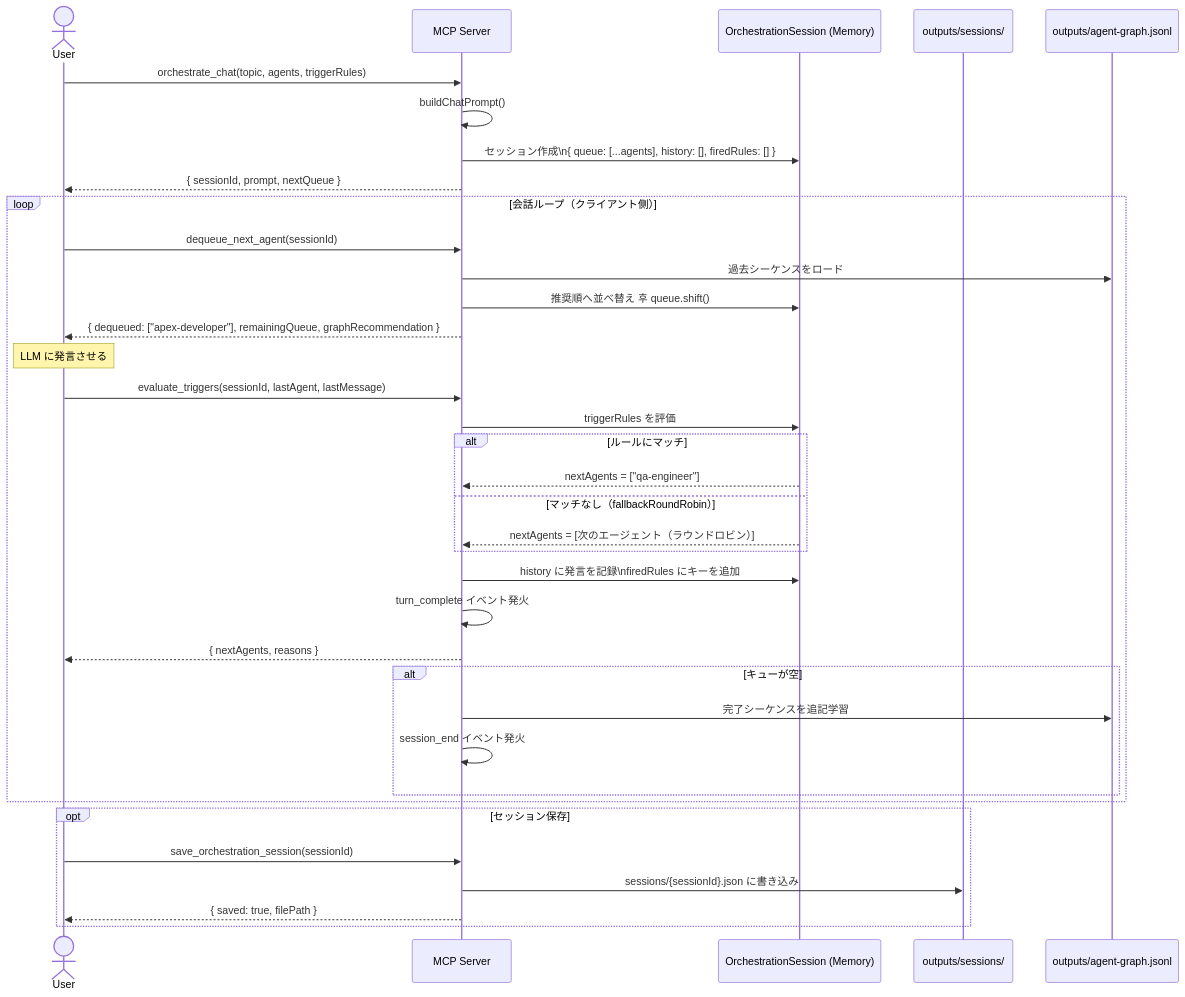
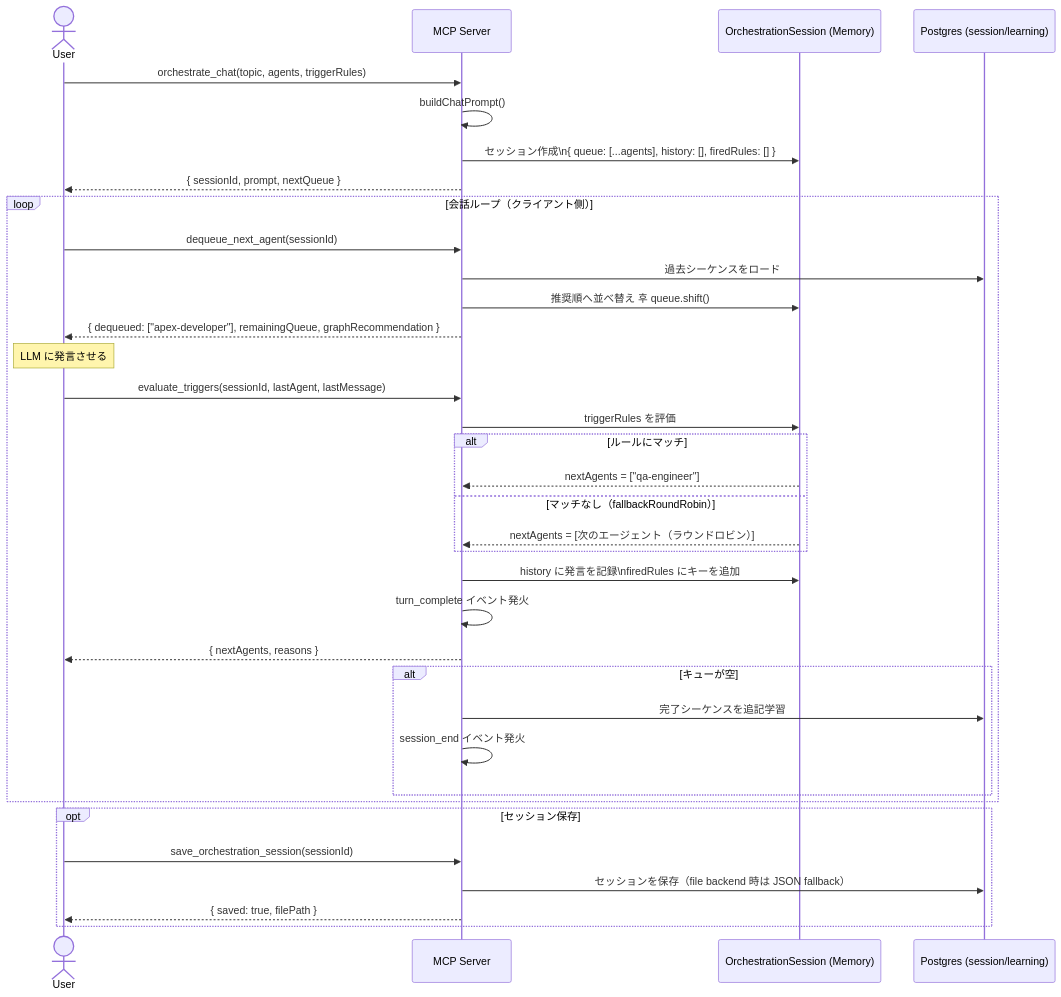
Before and after one commit to haruki10041999/SALESFORCE-AI-COMPANY: the fourth of 8 diagrams in docs/system-architecture-with-uml.md, drawn with Mermaid. The commit also changed other lines of this file and 155 other files, not shown here.

````diff
--- a/docs/system-architecture-with-uml.md
+++ b/docs/system-architecture-with-uml.md
@@ -125,44 +124,43 @@
 ```mermaid
 sequenceDiagram
     actor User
     participant Server as MCP Server
     participant Session as OrchestrationSession (Memory)
-    participant FS as outputs/sessions/
-    participant Graph as outputs/agent-graph.jsonl
+    participant DB as Postgres (session/learning)
 
     User->>Server: orchestrate_chat(topic, agents, triggerRules)
     Server->>Server: buildChatPrompt()
     Server->>Session: セッション作成\n{ queue: [...agents], history: [], firedRules: [] }
     Server-->>User: { sessionId, prompt, nextQueue }
 
     loop 会話ループ（クライアント側）
         User->>Server: dequeue_next_agent(sessionId)
-        Server->>Graph: 過去シーケンスをロード
+        Server->>DB: 過去シーケンスをロード
         Server->>Session: 推奨順へ並べ替え 후 queue.shift()
         Server-->>User: { dequeued: ["apex-developer"], remainingQueue, graphRecommendation }
 
         Note over User: LLM に発言させる
 
         User->>Server: evaluate_triggers(sessionId, lastAgent, lastMessage)
         Server->>Session: triggerRules を評価
         alt ルールにマッチ
             Session-->>Server: nextAgents = ["qa-engineer"]
         else マッチなし（fallbackRoundRobin）
             Session-->>Server: nextAgents = [次のエージェント（ラウンドロビン）]
         end
         Server->>Session: history に発言を記録\nfiredRules にキーを追加
         Server->>Server: turn_complete イベント発火
         Server-->>User: { nextAgents, reasons }
 
         alt キューが空
-            Server->>Graph: 完了シーケンスを追記学習
+            Server->>DB: 完了シーケンスを追記学習
             Server->>Server: session_end イベント発火
         end
     end
 
     opt セッション保存
         User->>Server: save_orchestration_session(sessionId)
-        Server->>FS: sessions/{sessionId}.json に書き込み
+        Server->>DB: セッションを保存（file backend 時は JSON fallback）
         Server-->>User: { saved: true, filePath }
     end
 ```
````
